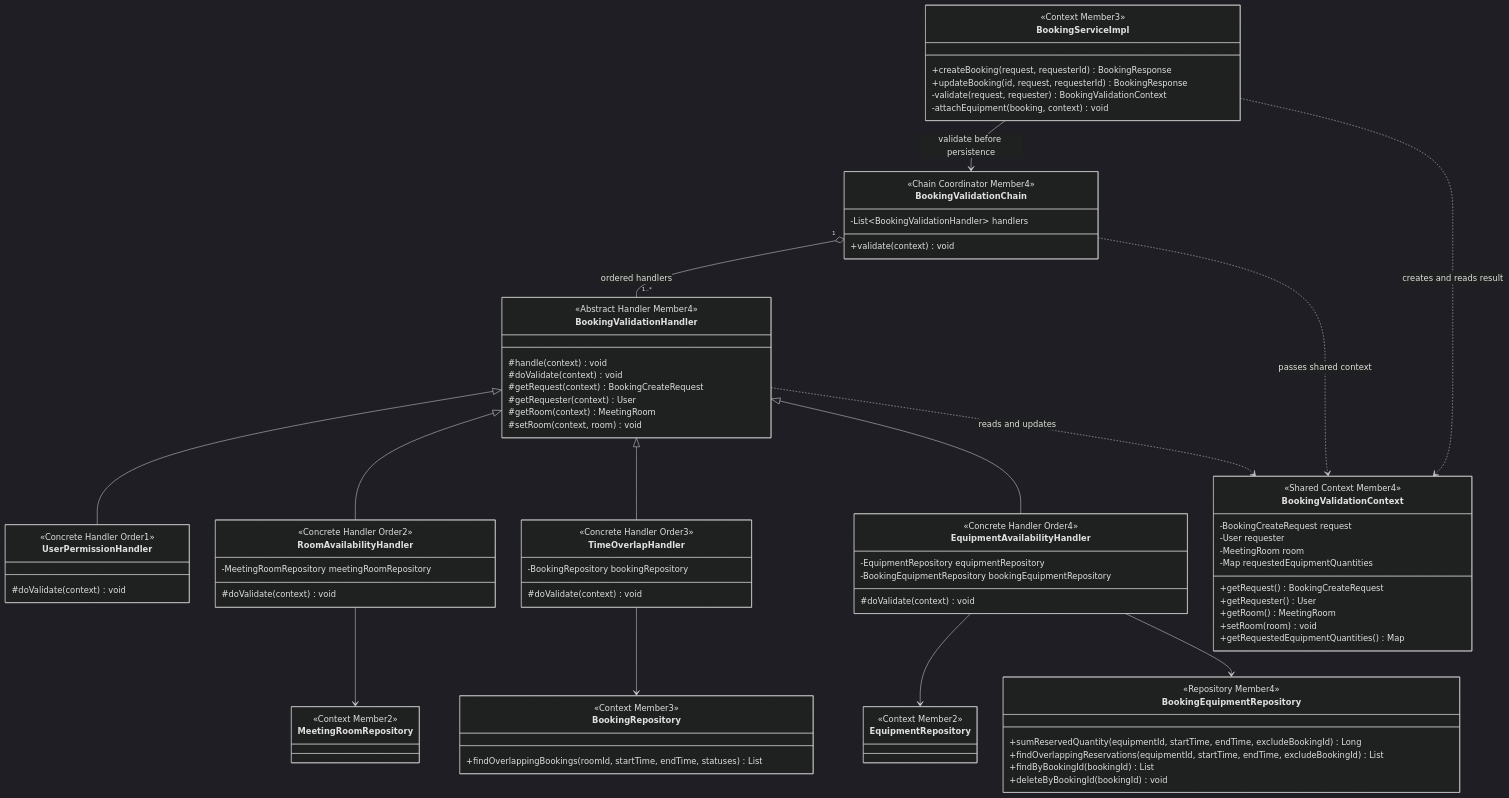
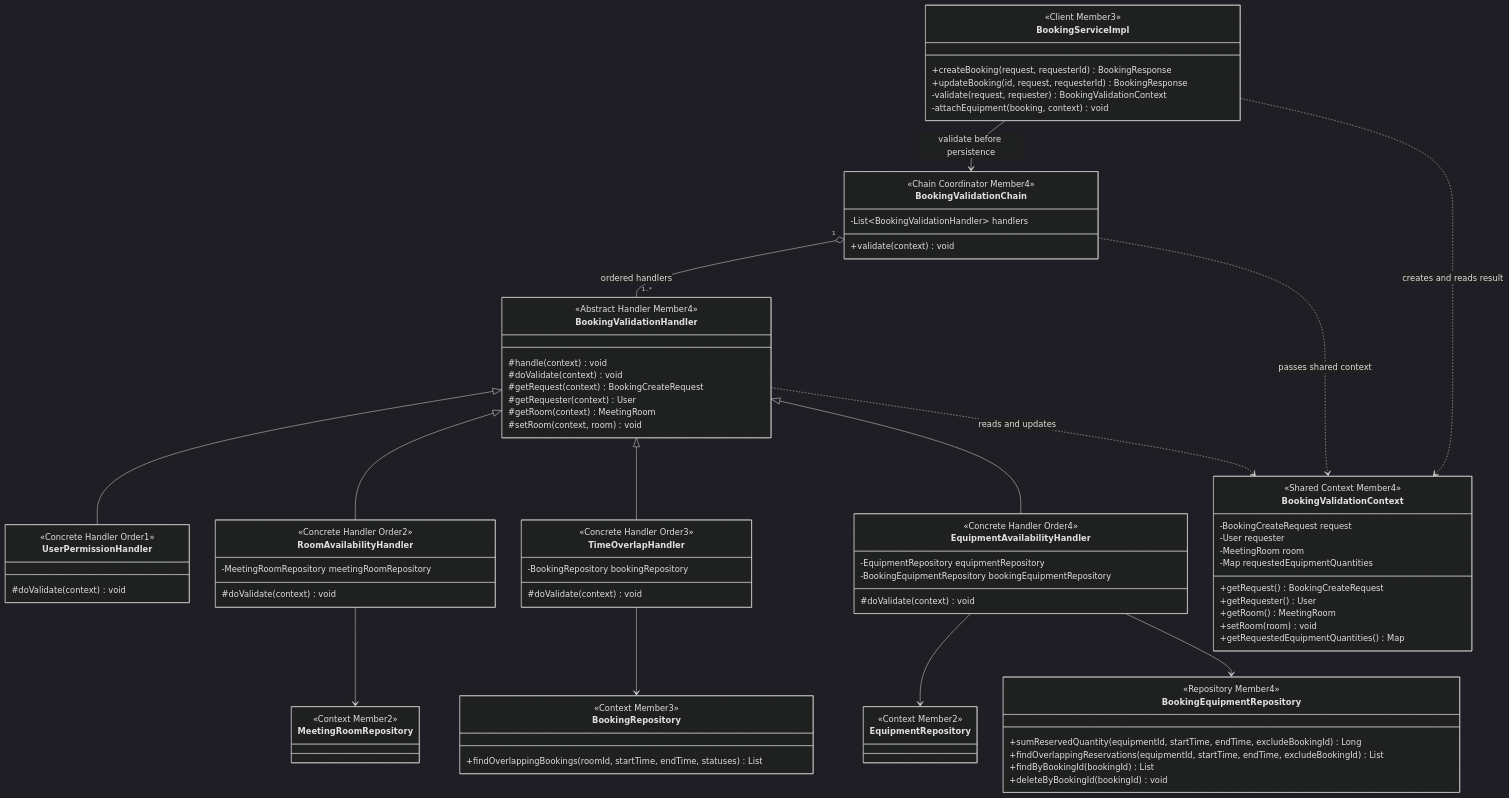
The second of 3 diagrams in doc/diagrams/nuttachai_673380581-8_04/02-domain-and-class.md (BRHansol/Co-Working-Space-Equipment-Rental), drawn with Mermaid (dark theme) before and after one commit. The commit also changed other lines of this file, not shown here.

Commit message:
OrderServicedocs: domain-and-class.md

```diff
--- a/doc/diagrams/nuttachai_673380581-8_04/02-domain-and-class.md
+++ b/doc/diagrams/nuttachai_673380581-8_04/02-domain-and-class.md
@@ -55,7 +55,7 @@
 classDiagram
     direction TB
     class BookingServiceImpl {
-        <<Context Member3>>
+        <<Client Member3>>
         +createBooking(request, requesterId) BookingResponse
         +updateBooking(id, request, requesterId) BookingResponse
         -validate(request, requester) BookingValidationContext
```
